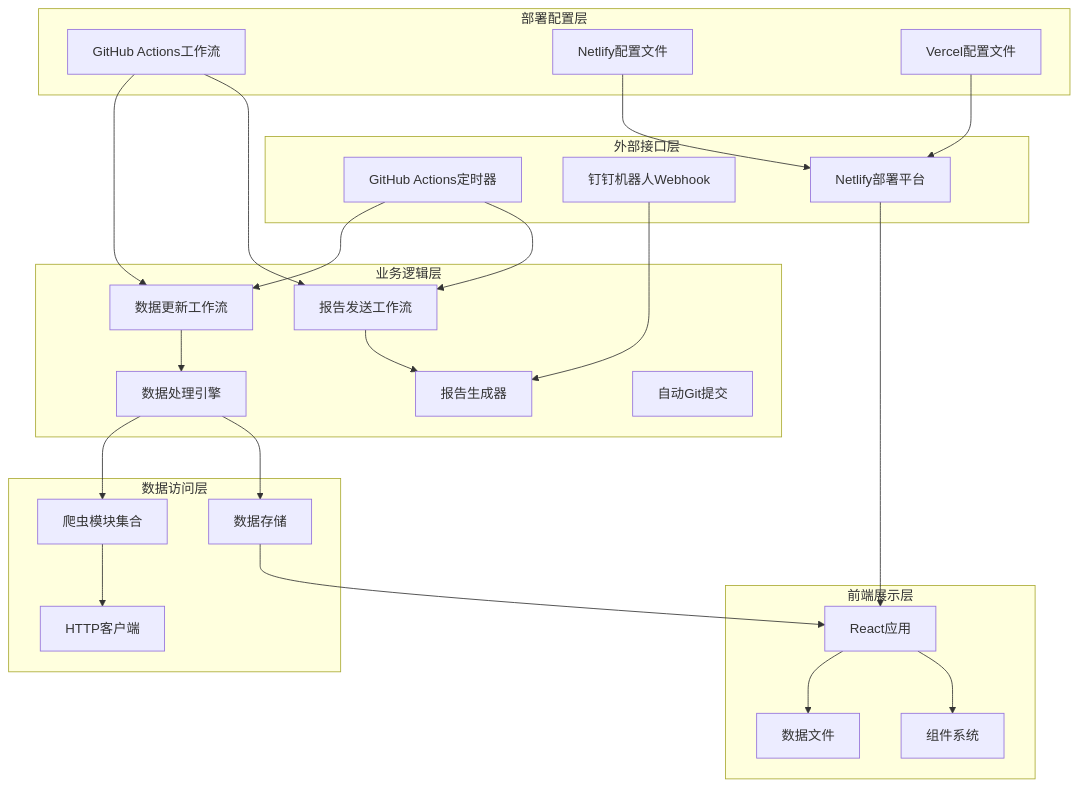
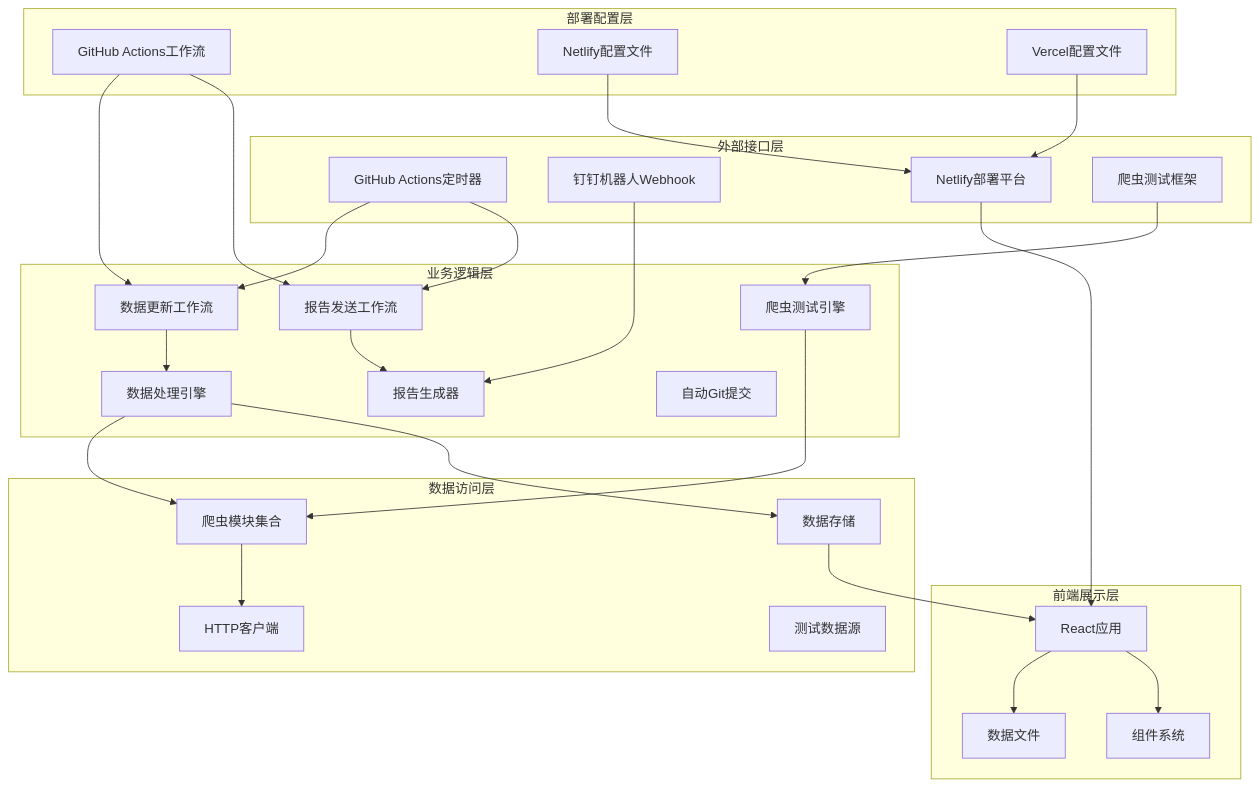
The fifth of 16 diagrams in .qoder/repowiki/zh/content/部署与维护/自动化每日报告系统.md (liangxuanliang-cmd/carbon-info-agent), drawn with Mermaid before and after one commit. The commit also changed other lines of this file and 5 other files, not shown here.

````diff
--- a/.qoder/repowiki/zh/content/部署与维护/自动化每日报告系统.md
+++ b/.qoder/repowiki/zh/content/部署与维护/自动化每日报告系统.md
@@ -198,46 +236,51 @@
 ```mermaid
 graph TB
 subgraph "外部接口层"
 A[GitHub Actions定时器]
 B[钉钉机器人Webhook]
 C[Netlify部署平台]
+D[爬虫测试框架]
 end
 subgraph "业务逻辑层"
-D[数据更新工作流]
-E[报告发送工作流]
-F[数据处理引擎]
-G[报告生成器]
-H[自动Git提交]
+E[数据更新工作流]
+F[报告发送工作流]
+G[数据处理引擎]
+H[报告生成器]
+I[自动Git提交]
+J[爬虫测试引擎]
 end
 subgraph "数据访问层"
-I[爬虫模块集合]
-J[HTTP客户端]
-K[数据存储]
+K[爬虫模块集合]
+L[HTTP客户端]
+M[数据存储]
+N[测试数据源]
 end
 subgraph "前端展示层"
-L[React应用]
-M[数据文件]
-N[组件系统]
+O[React应用]
+P[数据文件]
+Q[组件系统]
 end
 subgraph "部署配置层"
-O[GitHub Actions工作流]
-P[Netlify配置文件]
-Q[Vercel配置文件]
+R[GitHub Actions工作流]
+S[Netlify配置文件]
+T[Vercel配置文件]
 end
-A --> D
 A --> E
-B --> G
-C --> L
-D --> F
+A --> F
+B --> H
+C --> O
+D --> J
 E --> G
-F --> I
-I --> J
-F --> K
+F --> H
+G --> K
+J --> K
 K --> L
-L --> M
-L --> N
-O --> D
-O --> E
-P --> C
-Q --> C
+G --> M
+M --> O
+O --> P
+O --> Q
+R --> E
+R --> F
+S --> C
+T --> C
 ```
````
